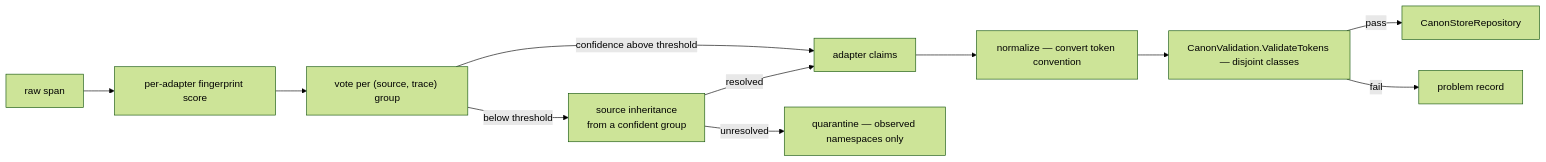
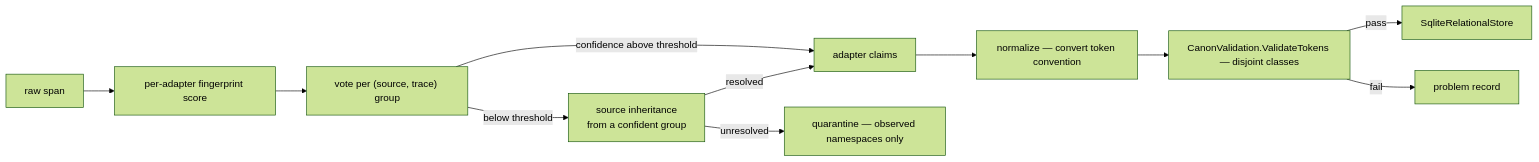
The sixth of 6 diagrams in docs/dash/architecture.md (dpalfery/kyber-weave), drawn with Mermaid (forest theme) before and after one commit. The commit also changed other lines of this file, not shown here.

First line of the commit message:
docs(dash): refresh architecture prose after Canon-store deletion

````diff
--- a/docs/dash/architecture.md
+++ b/docs/dash/architecture.md
@@ -1213,13 +1211,13 @@
 ```mermaid
 flowchart LR
     RAW["raw span"] --> SCORE["per-adapter fingerprint score"]
     SCORE --> VOTE["vote per (source, trace) group"]
     VOTE -->|"confidence above threshold"| CLAIM["adapter claims"]
     VOTE -->|"below threshold"| INHERIT["source inheritance<br/>from a confident group"]
     INHERIT -->|"resolved"| CLAIM
     INHERIT -->|"unresolved"| QUAR["quarantine — observed namespaces only"]
     CLAIM --> NORM["normalize — convert token convention"]
     NORM --> VAL["CanonValidation.ValidateTokens — disjoint classes"]
-    VAL -->|"pass"| STORE["CanonStoreRepository"]
+    VAL -->|"pass"| STORE["SqliteRelationalStore"]
     VAL -->|"fail"| PROB["problem record"]
 ```
````
